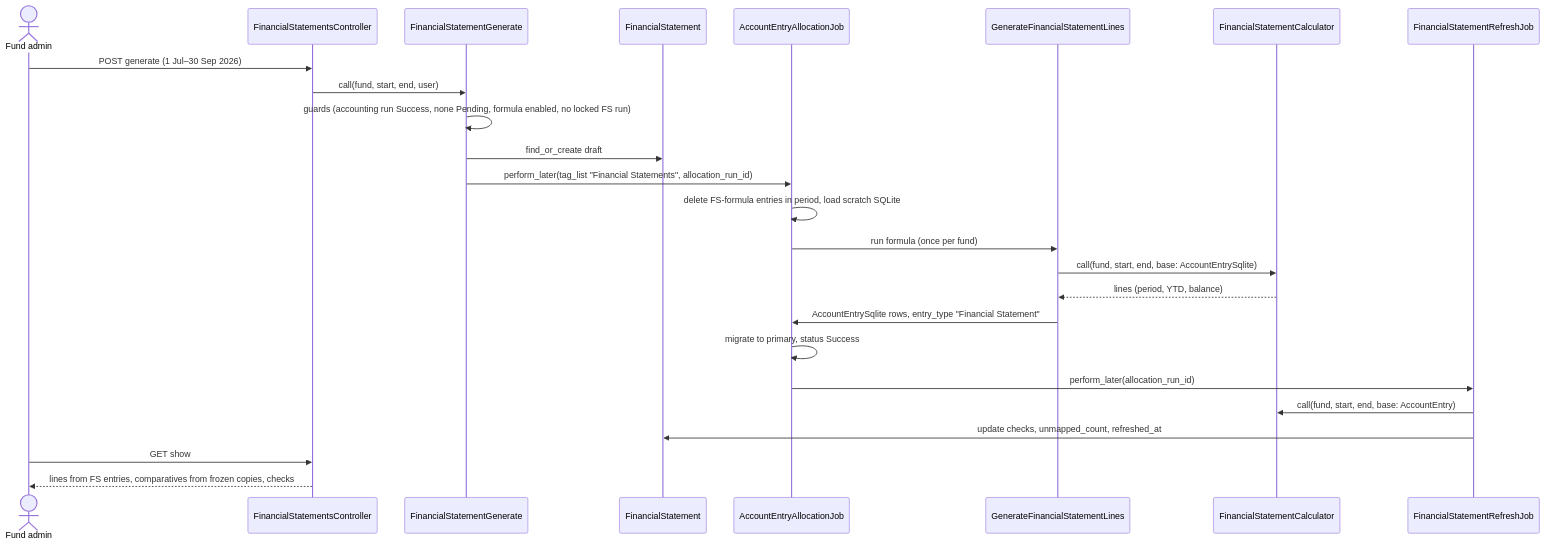
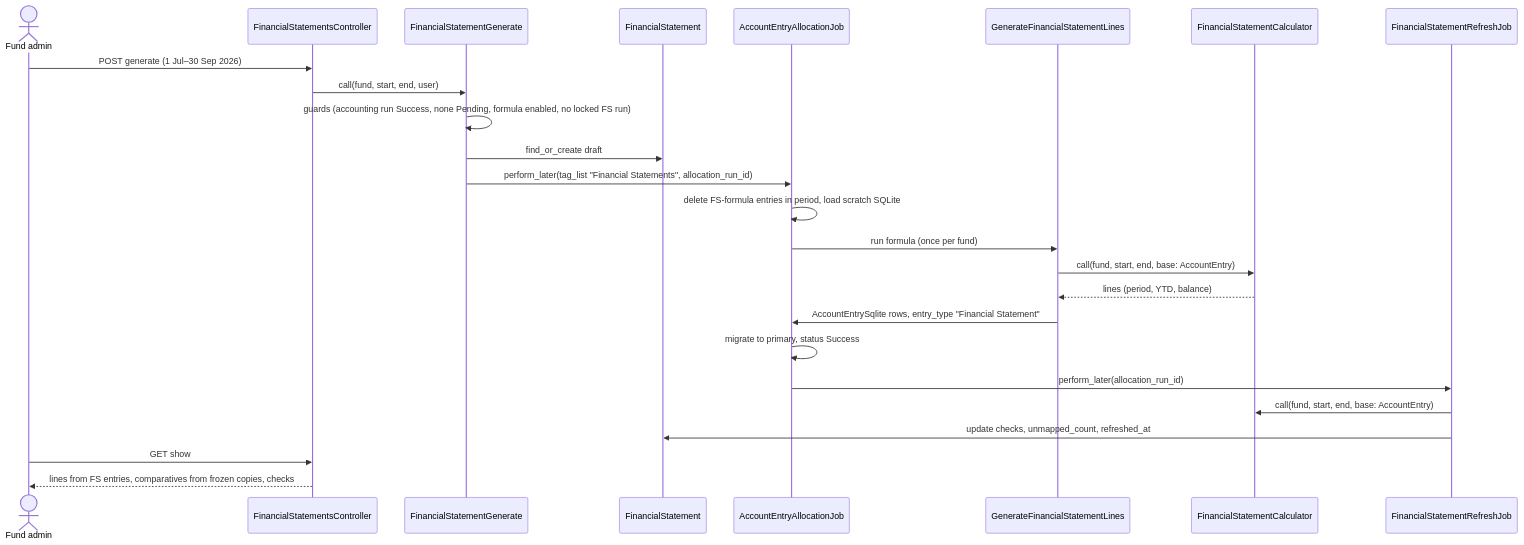
One commit to sampadadiwan/IRM_CompanyMain changed the fourth of 16 diagrams in openspec/changes/fund-financial-statements/design.md. Above: the diagram before and after it, drawn with Mermaid. The commit also changed other lines of this file and 104 other files, not shown here.

First line of the commit message:
Fund financial statements from account entries (#1798)

````diff
--- a/openspec/changes/fund-financial-statements/design.md
+++ b/openspec/changes/fund-financial-statements/design.md
@@ -222,27 +330,27 @@
 ```mermaid
 sequenceDiagram
     actor Admin as Fund admin
     participant FSC as FinancialStatementsController
     participant GEN as FinancialStatementGenerate
     participant FS as FinancialStatement
     participant JOB as AccountEntryAllocationJob
     participant OP as GenerateFinancialStatementLines
     participant CALC as FinancialStatementCalculator
     participant RJ as FinancialStatementRefreshJob
     Admin->>FSC: POST generate (1 Jul–30 Sep 2026)
     FSC->>GEN: call(fund, start, end, user)
     GEN->>GEN: guards (accounting run Success, none Pending, formula enabled, no locked FS run)
     GEN->>FS: find_or_create draft
     GEN->>JOB: perform_later(tag_list "Financial Statements", allocation_run_id)
     JOB->>JOB: delete FS-formula entries in period, load scratch SQLite
     JOB->>OP: run formula (once per fund)
-    OP->>CALC: call(fund, start, end, base: AccountEntrySqlite)
+    OP->>CALC: call(fund, start, end, base: AccountEntry)
     CALC-->>OP: lines (period, YTD, balance)
     OP->>JOB: AccountEntrySqlite rows, entry_type "Financial Statement"
     JOB->>JOB: migrate to primary, status Success
     JOB->>RJ: perform_later(allocation_run_id)
     RJ->>CALC: call(fund, start, end, base: AccountEntry)
     RJ->>FS: update checks, unmapped_count, refreshed_at
     Admin->>FSC: GET show
     FSC-->>Admin: lines from FS entries, comparatives from frozen copies, checks
 ```
````
